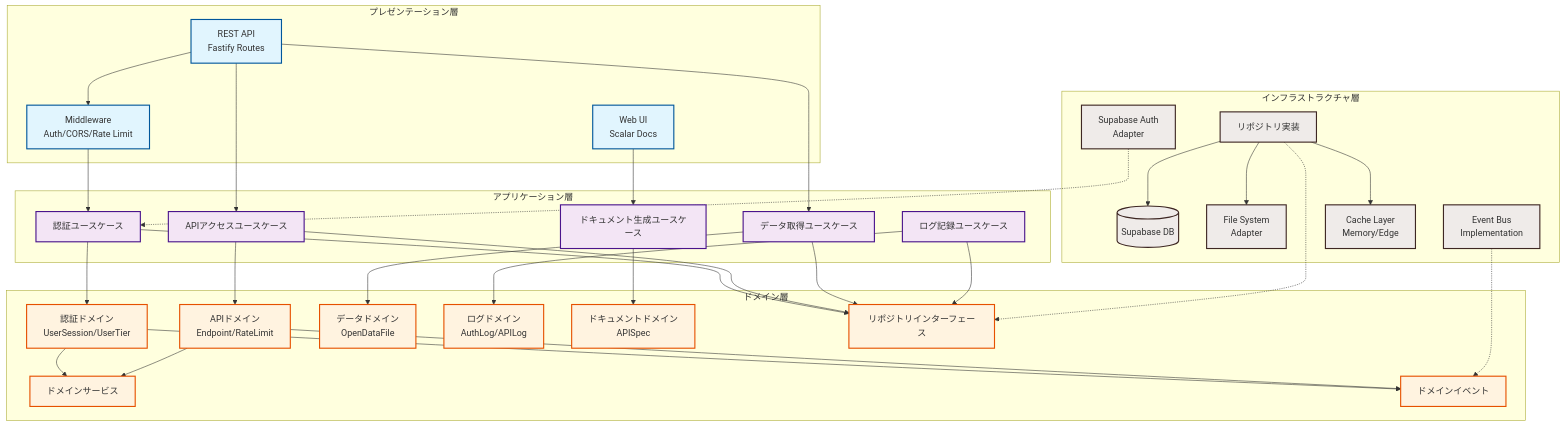
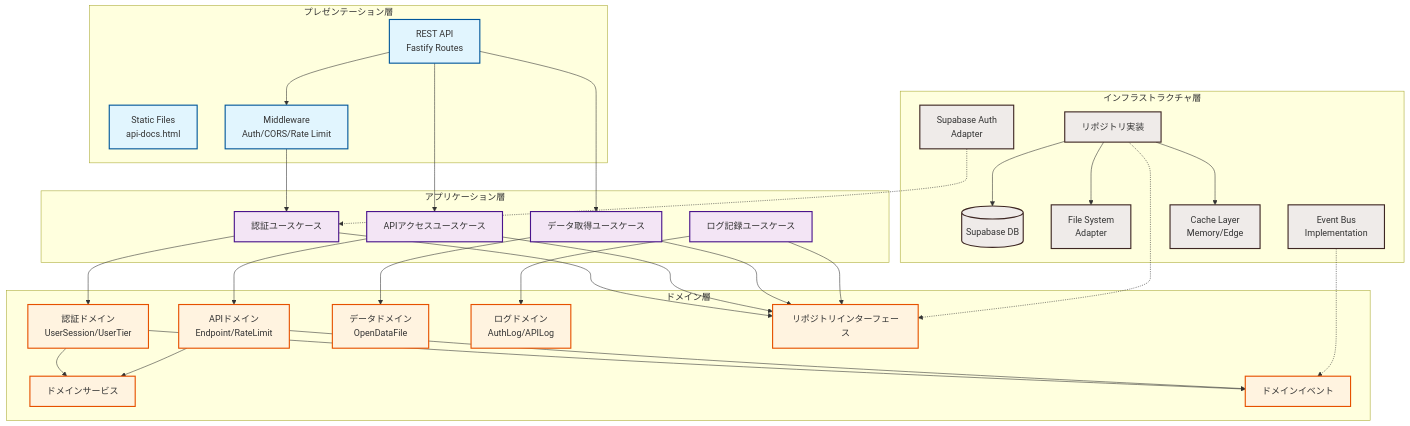
The fifth of 13 diagrams in docs/specs/step5-design.md (hydrangeas/redis-test), drawn with Mermaid before and after one commit. The commit also changed other lines of this file and 5 other files, not shown here.

````diff
--- a/docs/specs/step5-design.md
+++ b/docs/specs/step5-design.md
@@ -529,78 +466,74 @@
 ```mermaid
 graph TB
     subgraph "プレゼンテーション層"
         API[REST API<br/>Fastify Routes]
-        Web[Web UI<br/>Scalar Docs]
+        Web[Static Files<br/>api-docs.html]
         MW[Middleware<br/>Auth/CORS/Rate Limit]
     end
     
     subgraph "アプリケーション層"
         AuthUseCase[認証ユースケース]
         APIUseCase[APIアクセスユースケース]
         DataUseCase[データ取得ユースケース]
         LogUseCase[ログ記録ユースケース]
-        DocUseCase[ドキュメント生成ユースケース]
     end
     
     subgraph "ドメイン層"
         AuthDomain[認証ドメイン<br/>UserSession/UserTier]
         APIDomain[APIドメイン<br/>Endpoint/RateLimit]
         DataDomain[データドメイン<br/>OpenDataFile]
         LogDomain[ログドメイン<br/>AuthLog/APILog]
-        DocDomain[ドキュメントドメイン<br/>APISpec]
         DomainService[ドメインサービス]
         Repository[リポジトリインターフェース]
         DomainEvent[ドメインイベント]
     end
     
     subgraph "インフラストラクチャ層"
         SupabaseAuth[Supabase Auth<br/>Adapter]
         SupabaseDB[(Supabase DB)]
         FileSystem[File System<br/>Adapter]
         EventBus[Event Bus<br/>Implementation]
         RepositoryImpl[リポジトリ実装]
         Cache[Cache Layer<br/>Memory/Edge]
     end
     
     %% 依存関係
     API --> MW
     MW --> AuthUseCase
     API --> APIUseCase
     API --> DataUseCase
-    Web --> DocUseCase
     
     AuthUseCase --> AuthDomain
     APIUseCase --> APIDomain
     DataUseCase --> DataDomain
     LogUseCase --> LogDomain
-    DocUseCase --> DocDomain
     
     AuthUseCase --> Repository
     APIUseCase --> Repository
     DataUseCase --> Repository
     LogUseCase --> Repository
     
     AuthDomain --> DomainService
     APIDomain --> DomainService
     AuthDomain --> DomainEvent
     APIDomain --> DomainEvent
     
     RepositoryImpl -.-> Repository
     RepositoryImpl --> SupabaseDB
     RepositoryImpl --> FileSystem
     RepositoryImpl --> Cache
     
     SupabaseAuth -.-> AuthUseCase
     EventBus -.-> DomainEvent
     
     %% スタイル
     classDef presentation fill:#e1f5fe,stroke:#01579b,stroke-width:2px
     classDef application fill:#f3e5f5,stroke:#4a148c,stroke-width:2px
     classDef domain fill:#fff3e0,stroke:#e65100,stroke-width:2px
     classDef infrastructure fill:#efebe9,stroke:#3e2723,stroke-width:2px
     
     class API,Web,MW presentation
-    class AuthUseCase,APIUseCase,DataUseCase,LogUseCase,DocUseCase application
-    class AuthDomain,APIDomain,DataDomain,LogDomain,DocDomain,DomainService,Repository,DomainEvent domain
+    class AuthUseCase,APIUseCase,DataUseCase,LogUseCase application
+    class AuthDomain,APIDomain,DataDomain,LogDomain,DomainService,Repository,DomainEvent domain
     class SupabaseAuth,SupabaseDB,FileSystem,EventBus,RepositoryImpl,Cache infrastructure
 ```
````
